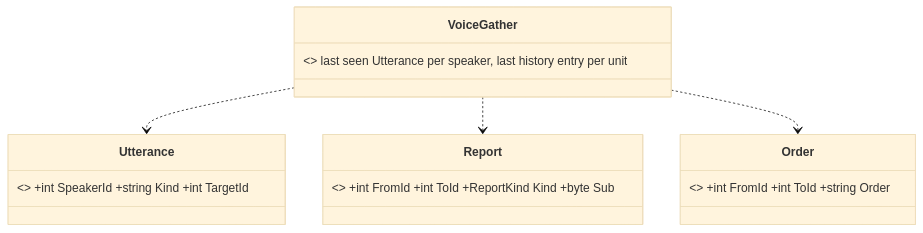
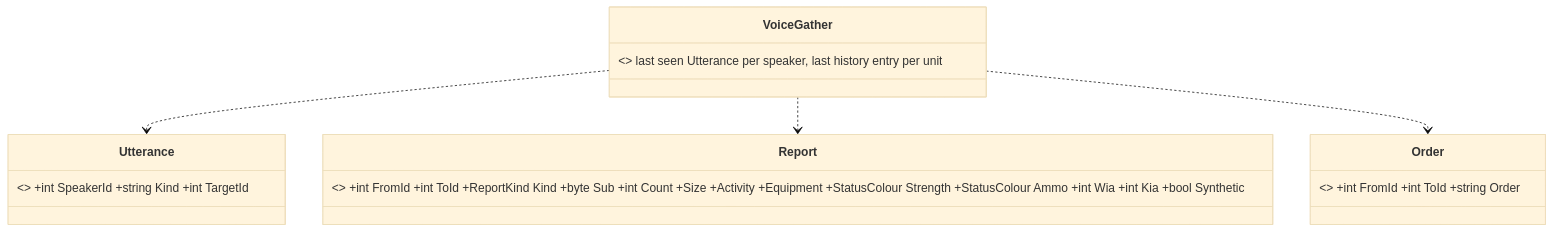
Before and after one commit to pjanec/SimNetGateway: the second of 3 diagrams in docs/design/DD-026-Dps-Voice-Events.md, drawn with Mermaid (base theme). The commit also changed other lines of this file and 1 other file, not shown here.

First line of the commit message:
T-064: DD-026 - Report carries CommandReport's closed fields (Count, Size, Activity, Equipment, Strength, Ammo, Wia, Kia) and Synthetic, per the Unreal lane's reply

````diff
--- a/docs/design/DD-026-Dps-Voice-Events.md
+++ b/docs/design/DD-026-Dps-Voice-Events.md
@@ -47,10 +48,10 @@
 ```mermaid
 classDiagram
     class Utterance { <<DPS event, new>> +int SpeakerId +string Kind +int TargetId }
-    class Report { <<DPS event, new>> +int FromId +int ToId +ReportKind Kind +byte Sub }
+    class Report { <<DPS event, new>> +int FromId +int ToId +ReportKind Kind +byte Sub +int Count +Size +Activity +Equipment +StatusColour Strength +StatusColour Ammo +int Wia +int Kia +bool Synthetic }
     class Order { <<DPS event, new>> +int FromId +int ToId +string Order }
     class VoiceGather { <<host, new>> last seen Utterance per speaker, last history entry per unit }
     VoiceGather ..> Utterance
     VoiceGather ..> Report
     VoiceGather ..> Order
 ```
````
